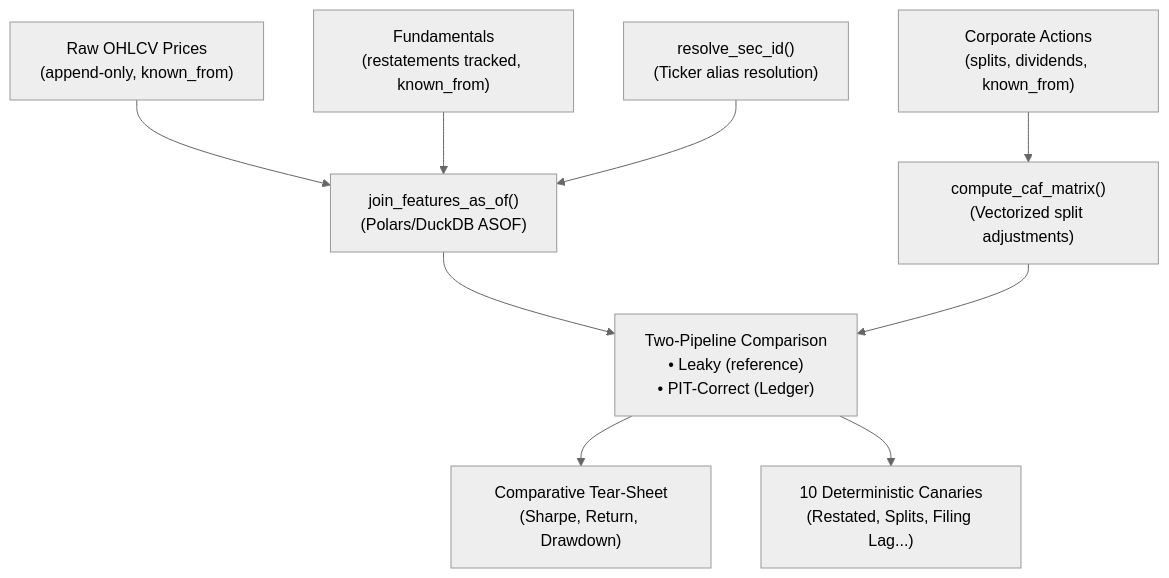
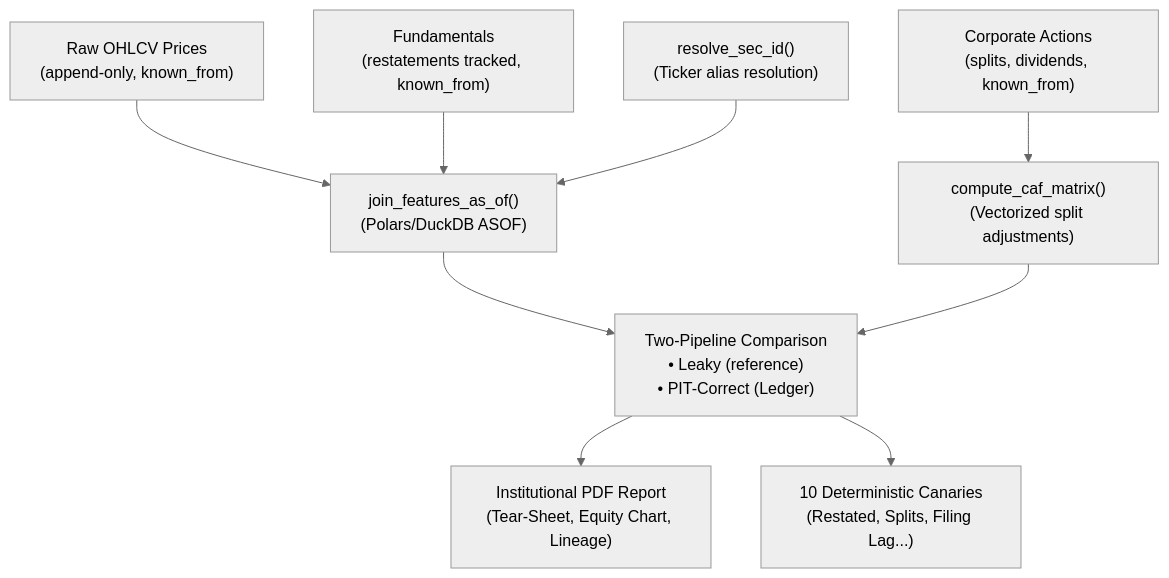
One commit to laila-kz/Ledger changed the diagram in README.md. Above: the diagram before and after it, drawn with Mermaid (neutral theme). The commit also changed other lines of this file, not shown here.

Commit message:
docs(readme): update README with formal verification badges, demo video showcase, and report explications

````diff
--- a/README.md
+++ b/README.md
@@ -65,26 +90,26 @@
 ```mermaid
 graph TB
     RawPrice["Raw OHLCV Prices<br/>(append-only, known_from)"]
     RawSplits["Corporate Actions<br/>(splits, dividends, known_from)"]
     RawFundamentals["Fundamentals<br/>(restatements tracked, known_from)"]
     
     Engine["join_features_as_of()<br/>(Polars/DuckDB ASOF)"]
     CAFMatrix["compute_caf_matrix()<br/>(Vectorized split adjustments)"]
     EntityMap["resolve_sec_id()<br/>(Ticker alias resolution)"]
     
     Pipeline["Two-Pipeline Comparison<br/>• Leaky (reference)<br/>• PIT-Correct (Ledger)"]
     
-    TearSheet["Comparative Tear-Sheet<br/>(Sharpe, Return, Drawdown)"]
+    PDFReport["Institutional PDF Report<br/>(Tear-Sheet, Equity Chart, Lineage)"]
     CanarySuite["10 Deterministic Canaries<br/>(Restated, Splits, Filing Lag...)"]
     
     RawPrice --> Engine
     RawSplits --> CAFMatrix
     RawFundamentals --> Engine
     EntityMap --> Engine
     
     Engine --> Pipeline
     CAFMatrix --> Pipeline
     
-    Pipeline --> TearSheet
+    Pipeline --> PDFReport
     Pipeline --> CanarySuite
 ```
````
